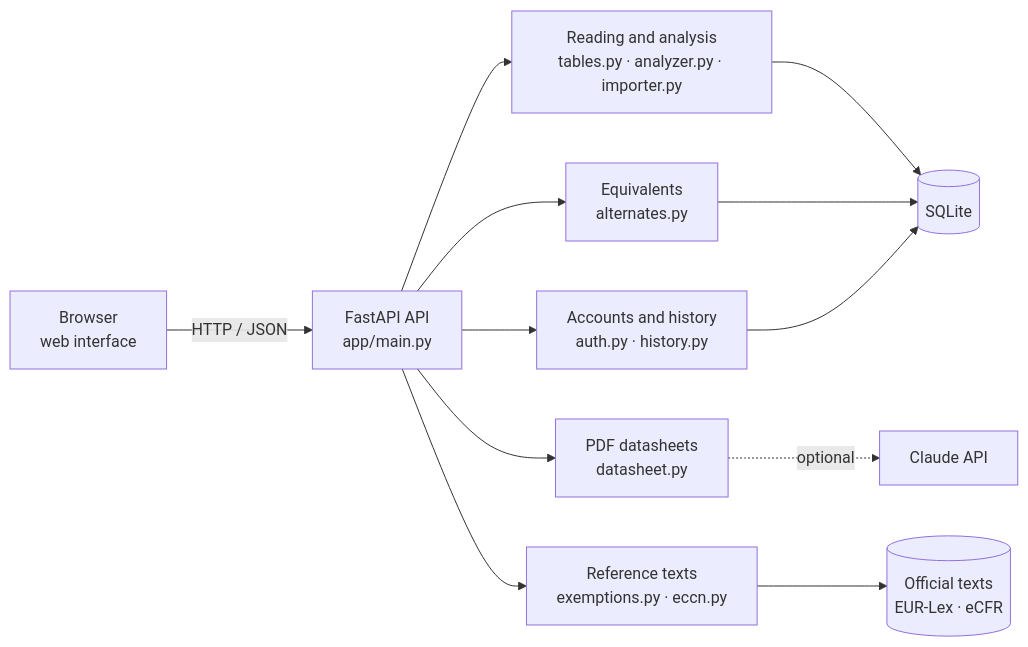
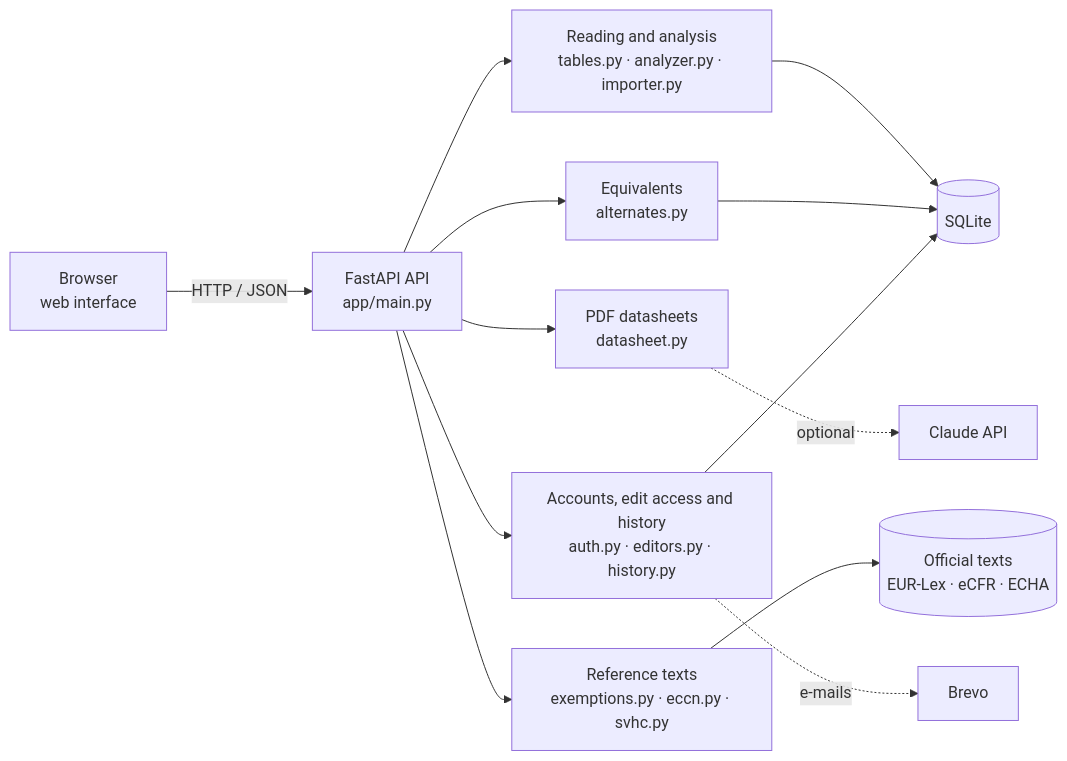
One commit to ElliotGalaor/ElectronicEnvironmental changed the diagram in README.md. Above: the diagram before and after it, drawn with Mermaid. The commit also changed other lines of this file and 15 other files, not shown here.

````diff
--- a/README.md
+++ b/README.md
@@ -98,14 +109,15 @@
 ```mermaid
 flowchart LR
     U["Browser<br/>web interface"] -->|"HTTP / JSON"| API["FastAPI API<br/>app/main.py"]
     API --> AN["Reading and analysis<br/>tables.py · analyzer.py · importer.py"]
     API --> ALT["Equivalents<br/>alternates.py"]
     API --> DS["PDF datasheets<br/>datasheet.py"]
-    API --> REF["Reference texts<br/>exemptions.py · eccn.py"]
-    API --> ACC["Accounts and history<br/>auth.py · history.py"]
+    API --> REF["Reference texts<br/>exemptions.py · eccn.py · svhc.py"]
+    API --> ACC["Accounts, edit access and history<br/>auth.py · editors.py · history.py"]
     AN --> DB[("SQLite")]
     ALT --> DB
     ACC --> DB
-    REF --> TXT[("Official texts<br/>EUR-Lex · eCFR")]
+    REF --> TXT[("Official texts<br/>EUR-Lex · eCFR · ECHA")]
     DS -. "optional" .-> CL["Claude API"]
+    ACC -. "e-mails" .-> MAIL["Brevo"]
 ```
````
